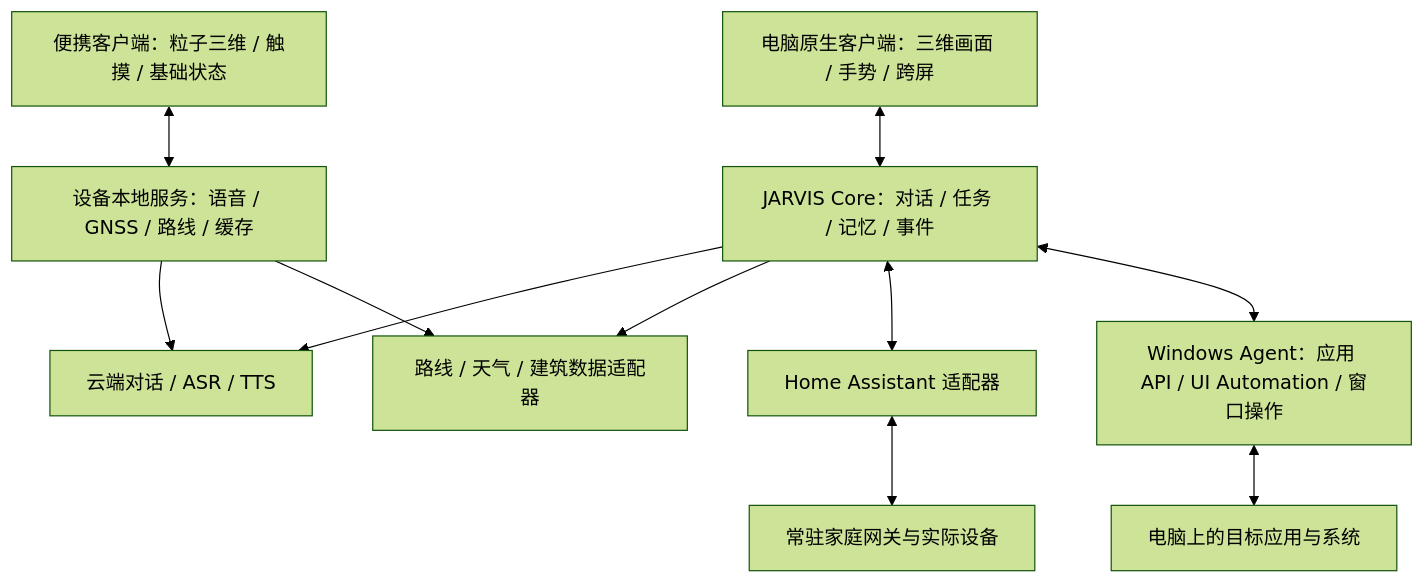
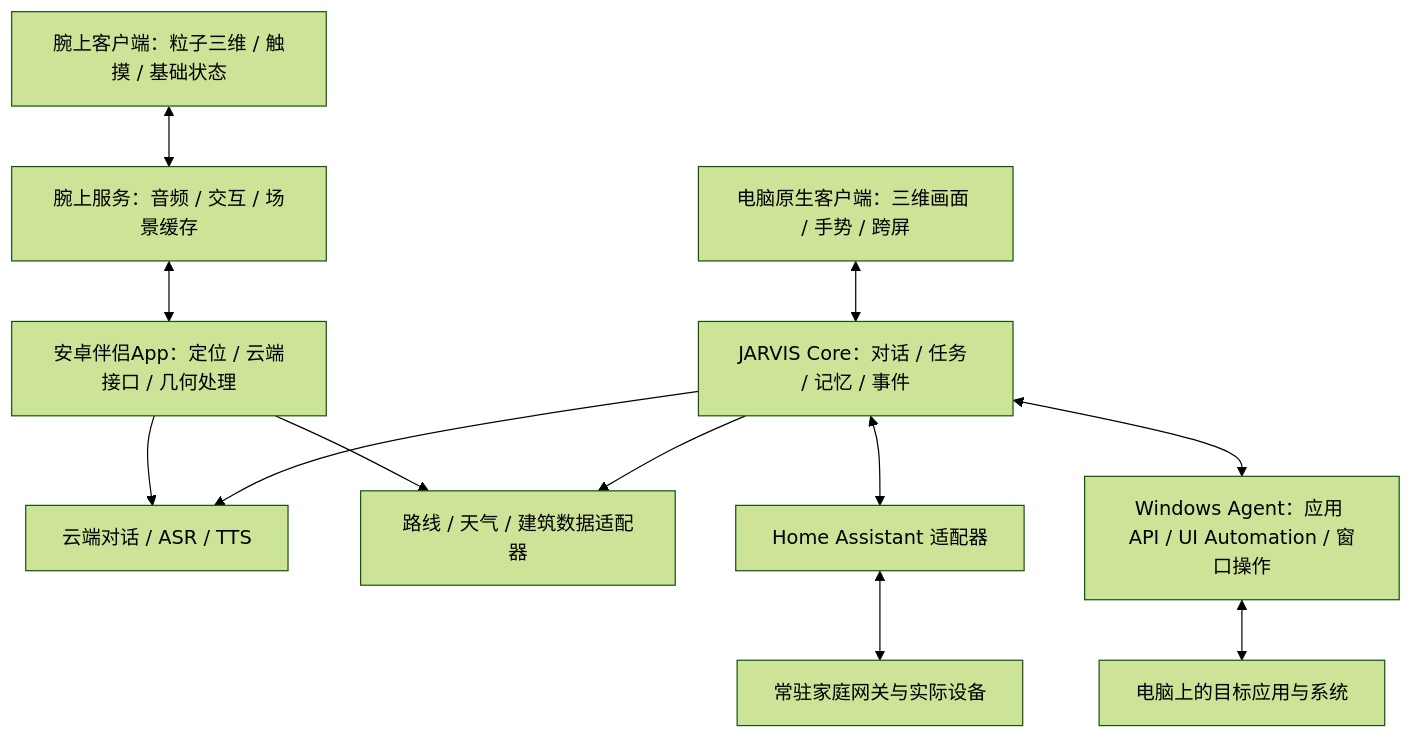
Before and after one commit to GXmind/JARVIS-OS: the diagram in docs/client-and-portable-architecture.md, drawn with Mermaid (forest theme). The commit also changed other lines of this file and 2 other files, not shown here.

````diff
--- a/docs/client-and-portable-architecture.md
+++ b/docs/client-and-portable-architecture.md
@@ -30,13 +30,14 @@
 ```mermaid
 flowchart TB
     D["电脑原生客户端：三维画面 / 手势 / 跨屏"] <--> C["JARVIS Core：对话 / 任务 / 记忆 / 事件"]
-    P["便携客户端：粒子三维 / 触摸 / 基础状态"] <--> L["设备本地服务：语音 / GNSS / 路线 / 缓存"]
+    P["腕上客户端：粒子三维 / 触摸 / 基础状态"] <--> L["腕上服务：音频 / 交互 / 场景缓存"]
+    L <--> PHONE["安卓伴侣App：定位 / 云端接口 / 几何处理"]
     C --> AI["云端对话 / ASR / TTS"]
-    L --> AI
+    PHONE --> AI
     C --> MAP["路线 / 天气 / 建筑数据适配器"]
-    L --> MAP
+    PHONE --> MAP
     C <--> H["Home Assistant 适配器"]
     H <--> HUB["常驻家庭网关与实际设备"]
     C <--> A["Windows Agent：应用 API / UI Automation / 窗口操作"]
     A <--> PC["电脑上的目标应用与系统"]
 ```
````
